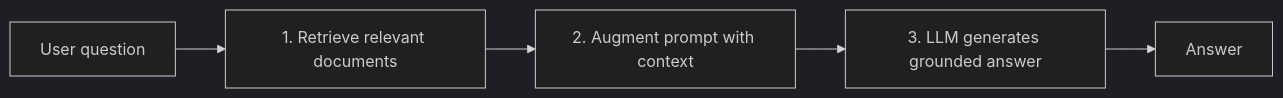
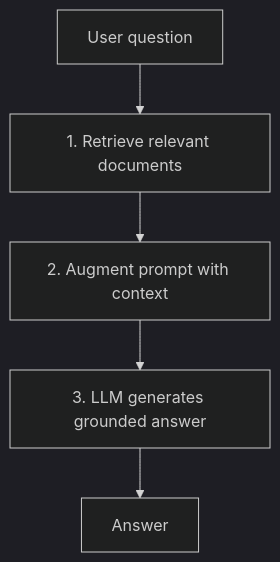
Before and after one commit to parimargu/introduction-to-generative-ai-and-rag: the first of 13 diagrams in rag/rag_simple_guide.md, drawn with Mermaid (dark theme). The commit also changed other lines of this file and 16 other files, not shown here.

````diff
--- a/rag/rag_simple_guide.md
+++ b/rag/rag_simple_guide.md
@@ -19,7 +19,7 @@
 ```mermaid
-flowchart LR
+flowchart TB
     Q["User question"] --> R["1. Retrieve relevant documents"]
     R --> A["2. Augment prompt with context"]
     A --> G["3. LLM generates grounded answer"]
     G --> ANS["Answer"]
 ```
````
